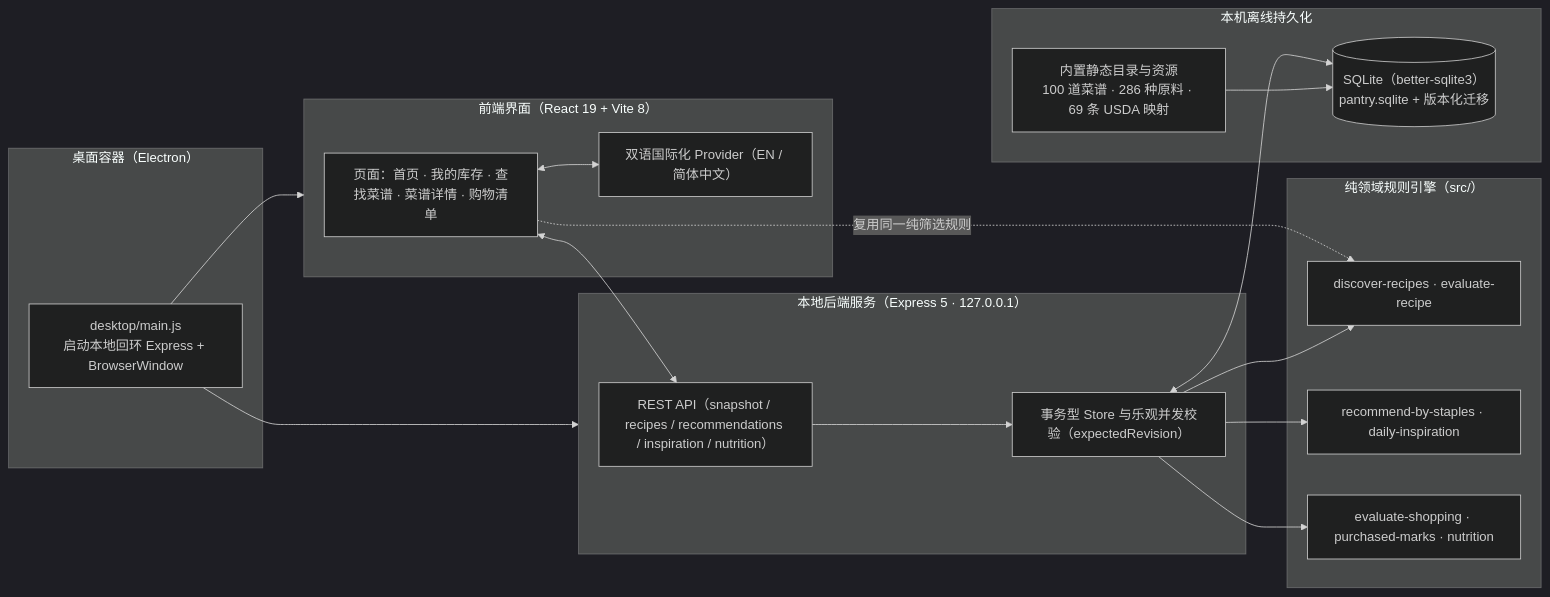
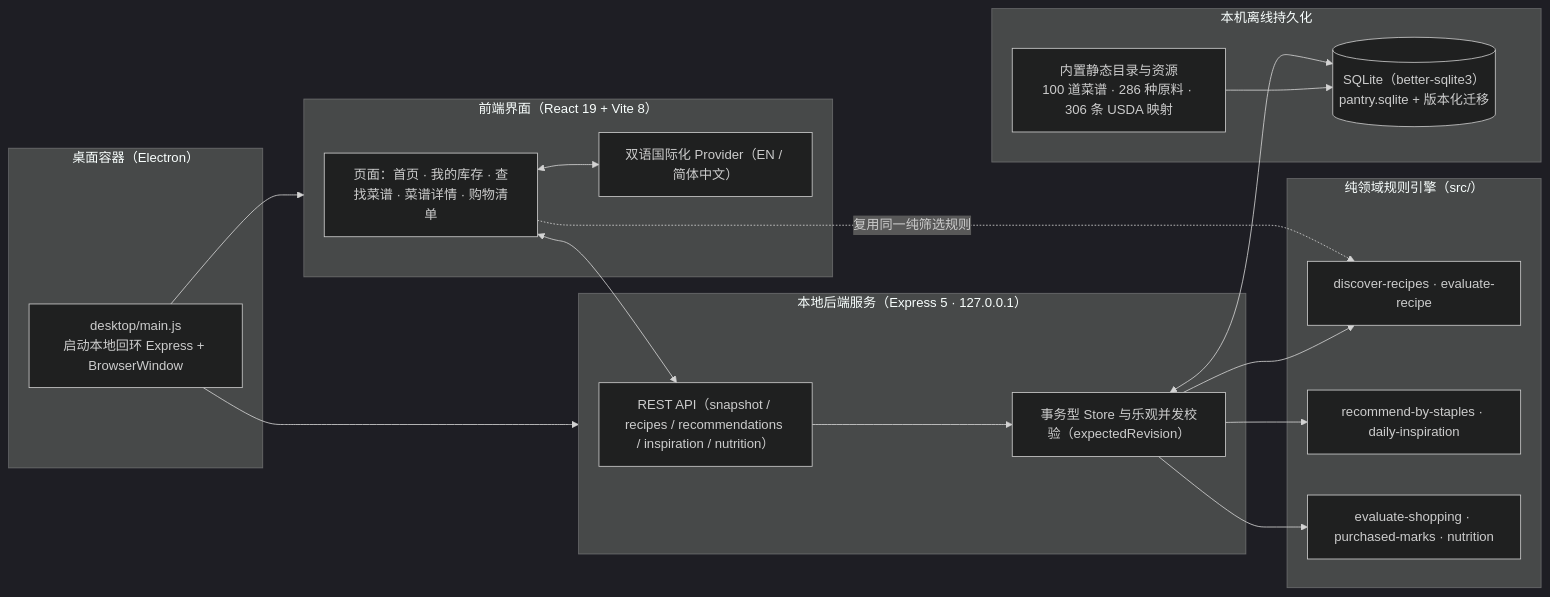
Before and after one commit to kekepepe/Smart-Recipe-Pantry-Planner: the diagram in README.zh-CN.md, drawn with Mermaid (dark theme). The commit also changed other lines of this file and 9 other files, not shown here.

````diff
--- a/README.zh-CN.md
+++ b/README.zh-CN.md
@@ -175,39 +175,39 @@
 ```mermaid
 flowchart LR
     subgraph Client["前端界面（React 19 + Vite 8）"]
         UI["页面：首页 · 我的库存 · 查找菜谱 · 菜谱详情 · 购物清单"]
         I18N["双语国际化 Provider（EN / 简体中文）"]
     end
 
     subgraph Domain["纯领域规则引擎（src/）"]
         D1["discover-recipes · evaluate-recipe"]
         D2["recommend-by-staples · daily-inspiration"]
         D3["evaluate-shopping · purchased-marks · nutrition"]
     end
 
     subgraph Server["本地后端服务（Express 5 · 127.0.0.1）"]
         API["REST API（snapshot / recipes / recommendations / inspiration / nutrition）"]
         STORE["事务型 Store 与乐观并发校验（expectedRevision）"]
     end
 
     subgraph Storage["本机离线持久化"]
         DB[("SQLite（better-sqlite3）\npantry.sqlite + 版本化迁移")]
-        CAT["内置静态目录与资源\n100 道菜谱 · 286 种原料 · 69 条 USDA 映射"]
+        CAT["内置静态目录与资源\n100 道菜谱 · 286 种原料 · 306 条 USDA 映射"]
     end
 
     subgraph Desktop["桌面容器（Electron）"]
         EL["desktop/main.js\n启动本地回环 Express + BrowserWindow"]
     end
 
     UI <--> I18N
     UI <--> API
     UI -.复用同一纯筛选规则.-> D1
     API --> STORE
     STORE --> D1
     STORE --> D2
     STORE --> D3
     STORE <--> DB
     CAT --> DB
     EL --> Server
     EL --> Client
 ```
````
